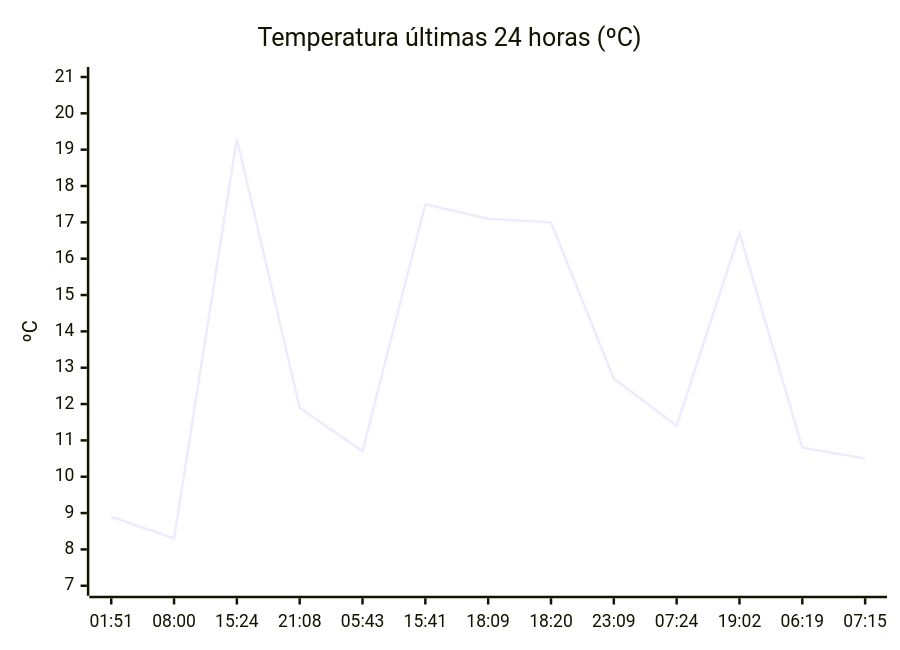
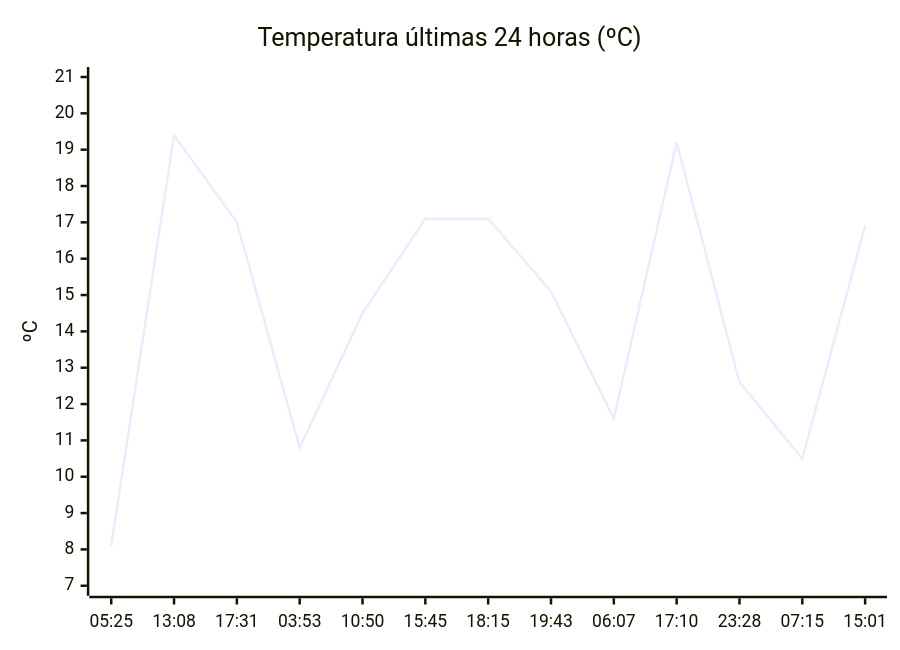
The diagram in README.md (solidsnk86/rem-scrap), drawn with Mermaid before and after one commit. The commit also changed other lines of this file, not shown here.

````diff
--- a/README.md
+++ b/README.md
@@ -28,7 +28,7 @@
 ```mermaid
 xychart-beta
     title "Temperatura últimas 24 horas (ºC)"
-    x-axis ["01:51", "08:00", "15:24", "21:08", "05:43", "15:41", "18:09", "18:20", "23:09", "07:24", "19:02", "06:19", "07:15"]
+    x-axis ["05:25", "13:08", "17:31", "03:53", "10:50", "15:45", "18:15", "19:43", "06:07", "17:10", "23:28", "07:15", "15:01"]
     y-axis "ºC" 7 --> 21
-    line [8.9, 8.3, 19.3, 11.9, 10.7, 17.5, 17.1, 17, 12.7, 11.4, 16.7, 10.8, 10.5]
+    line [8.1, 19.4, 17, 10.8, 14.5, 17.1, 17.1, 15.1, 11.6, 19.2, 12.6, 10.5, 16.9]
 ```
````
